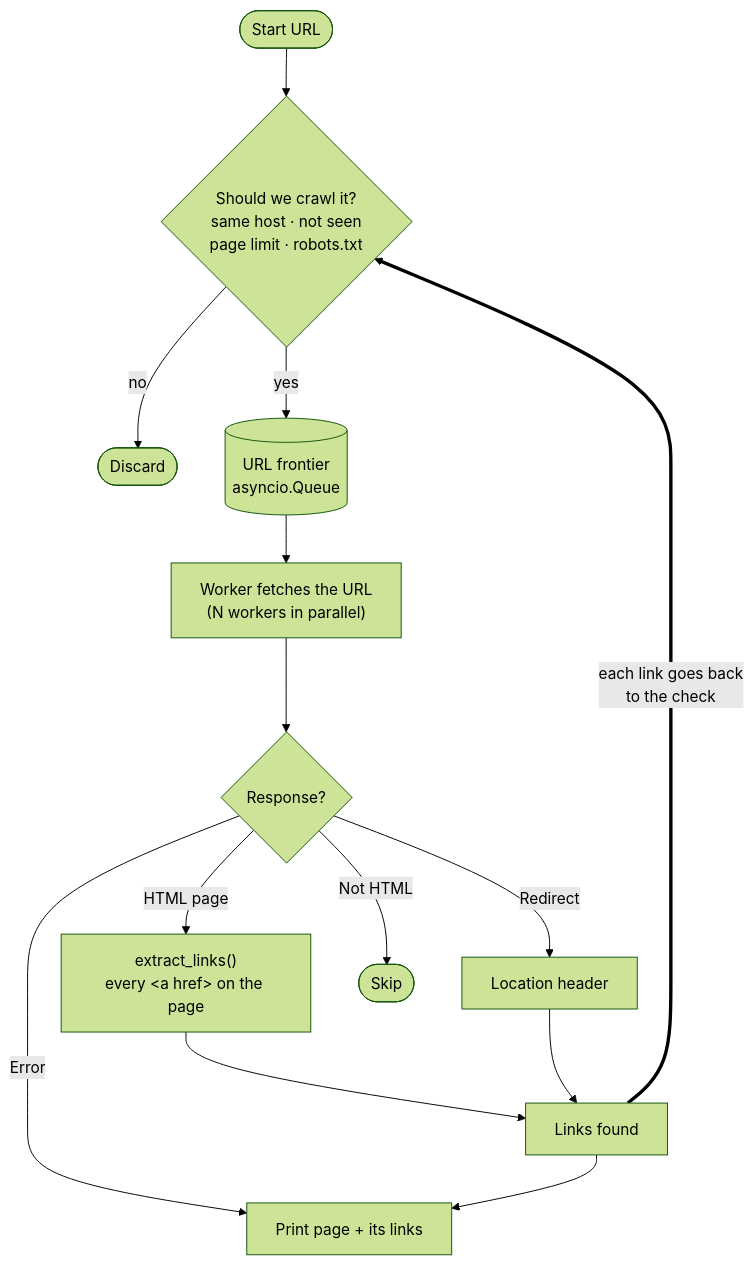
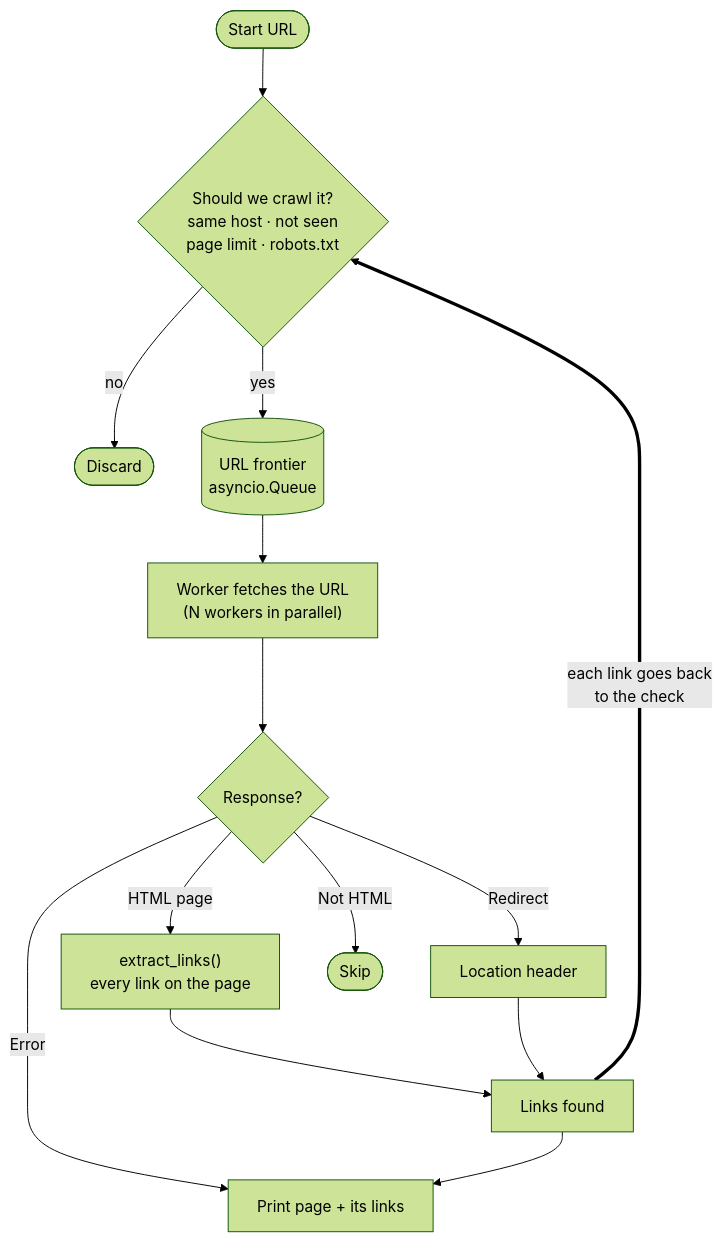
The diagram in README.md (alistairmcintyre/zego-crawler), drawn with Mermaid (forest theme) before and after one commit. The commit also changed other lines of this file, not shown here.

Commit message:
Fix Mermaid label and add redirect example

````diff
--- a/README.md
+++ b/README.md
@@ -156,19 +157,19 @@
 ```mermaid
 flowchart TD
     start(["Start URL"]) --> check
     check{"Should we crawl it?<br/>same host · not seen<br/>page limit · robots.txt"}
     check -- no --> drop(["Discard"])
     check -- yes --> queue[("URL frontier<br/>asyncio.Queue")]
     queue --> fetch["Worker fetches the URL<br/>(N workers in parallel)"]
     fetch --> response{"Response?"}
 
-    response -- "HTML page" --> parse["extract_links()<br/>every &lt;a href&gt; on the page"]
+    response -- "HTML page" --> parse["extract_links()<br/>every link on the page"]
     response -- "Redirect" --> location["Location header"]
     response -- "Error" --> report
     response -- "Not HTML" --> skip(["Skip"])
 
     parse --> links["Links found"]
     location --> links
     links --> report["Print page + its links"]
     links == "each link goes back<br/>to the check" ==> check
 ```
````
